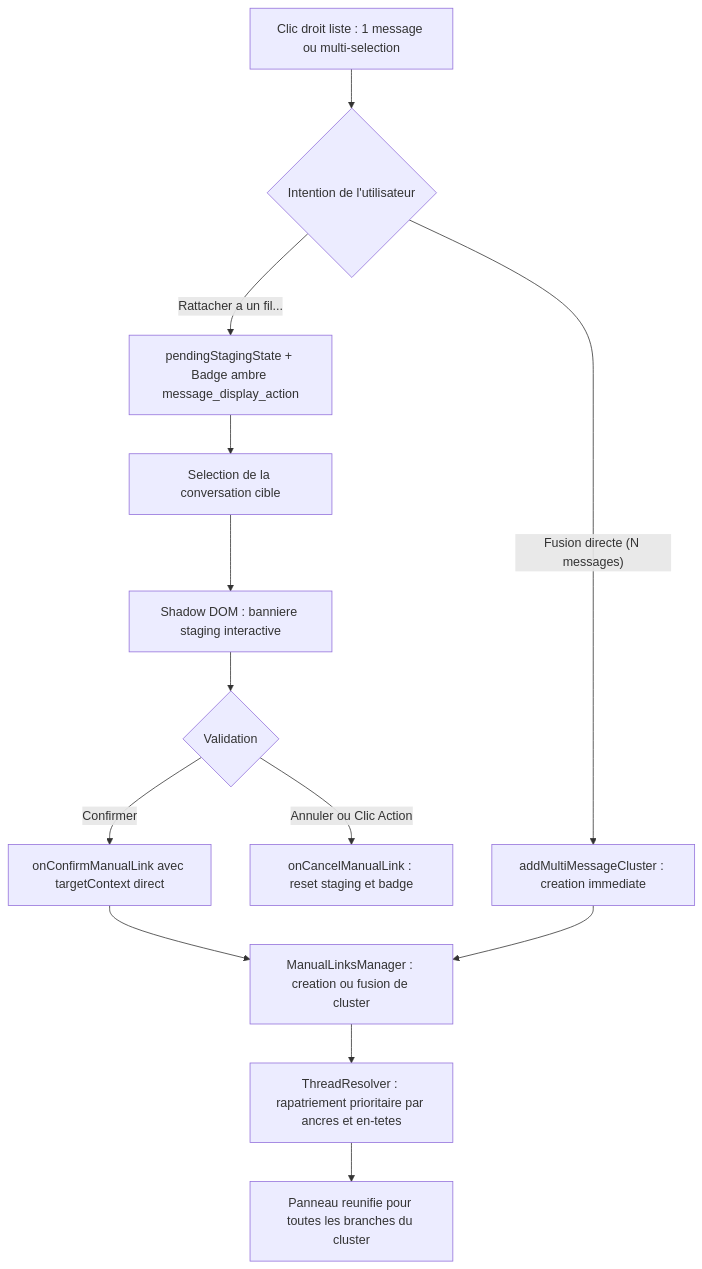
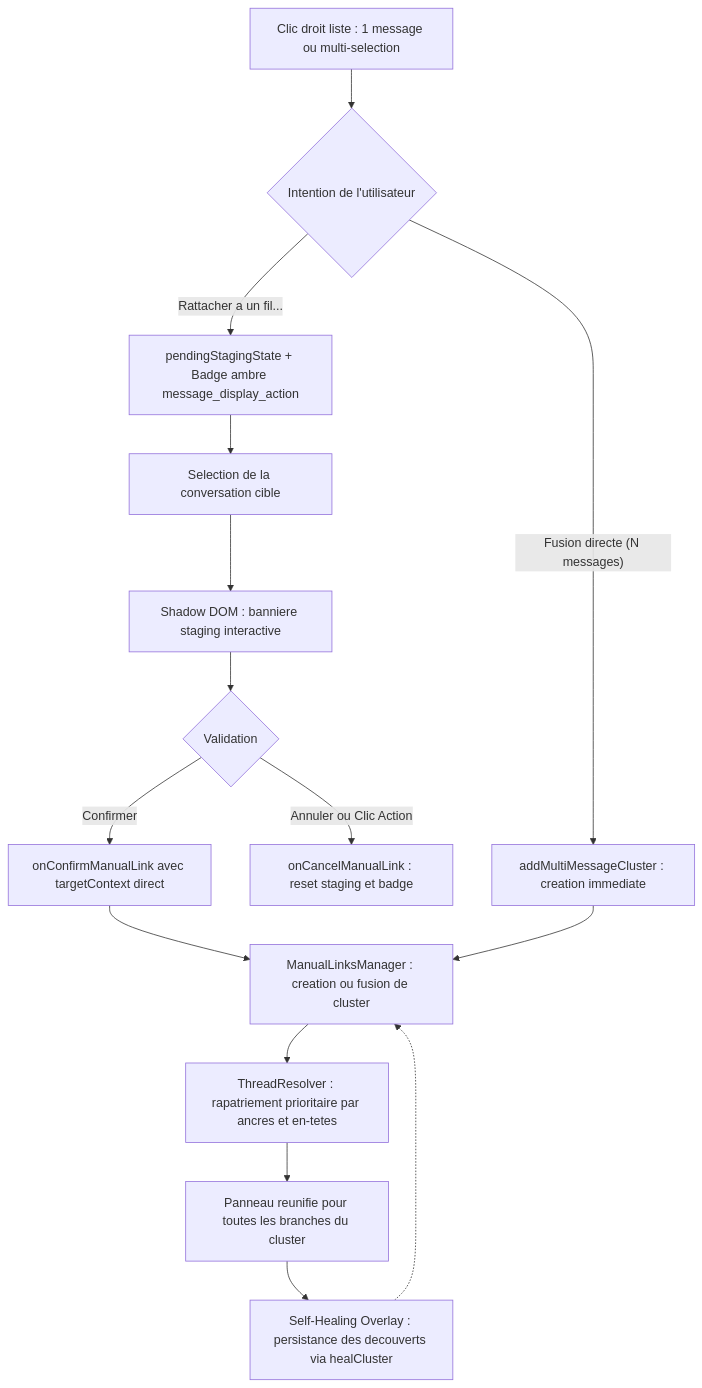
The fifth of 7 diagrams in ARCHITECTURE.md (mtfkarukera/magic-threads), drawn with Mermaid before and after one commit. The commit also changed other lines of this file and 8 other files, not shown here.

Commit message:
fix(links): v2.7.1 — self-healing overlay et résolution bidirectionnelle des liaisons

````diff
--- a/ARCHITECTURE.md
+++ b/ARCHITECTURE.md
@@ -250,15 +253,17 @@
 ```mermaid
 flowchart TD
     A["Clic droit liste : 1 message ou multi-selection"] --> B{"Intention de l'utilisateur"}
     B -->|"Fusion directe (N messages)"| C["addMultiMessageCluster : creation immediate"]
     B -->|"Rattacher a un fil..."| D["pendingStagingState + Badge ambre message_display_action"]
     D --> E["Selection de la conversation cible"]
     E --> F["Shadow DOM : banniere staging interactive"]
     F --> G{"Validation"}
     G -->|"Annuler ou Clic Action"| H["onCancelManualLink : reset staging et badge"]
     G -->|"Confirmer"| I["onConfirmManualLink avec targetContext direct"]
     I --> J["ManualLinksManager : creation ou fusion de cluster"]
     C --> J
     J --> K["ThreadResolver : rapatriement prioritaire par ancres et en-tetes"]
     K --> L["Panneau reunifie pour toutes les branches du cluster"]
+    L --> M["Self-Healing Overlay : persistance des decouverts via healCluster"]
+    M -.-> J
 ```
````
